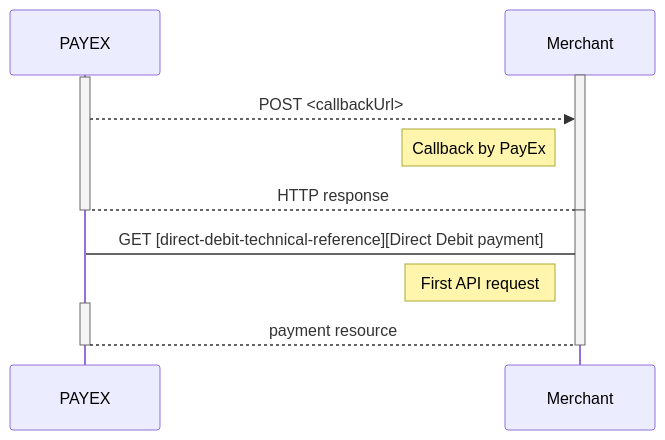
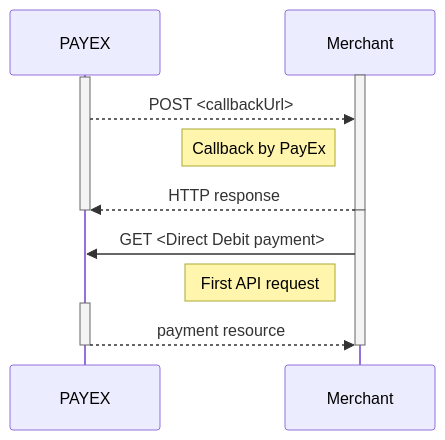
Before and after one commit to SwedbankPay/developer.swedbankpay.com: the third of 3 diagrams in payments/direct-debit/index.md, drawn with Mermaid. The commit also changed other lines of this file, not shown here.

Commit message:
DX-310 Format direct debit index

````diff
--- a/payments/direct-debit/index.md
+++ b/payments/direct-debit/index.md
@@ -499,18 +558,18 @@
 ```mermaid
 sequenceDiagram
   Activate Merchant
   Activate PAYEX
   PAYEX-->>Merchant: POST <callbackUrl>
   note left of Merchant: Callback by PayEx
-  Merchant-->PAYEX: HTTP response
+  Merchant-->>PAYEX: HTTP response
   Deactivate PAYEX
   Deactivate Merchant
   
   Activate Merchant
-  Merchant->PAYEX: GET [direct-debit-technical-reference][Direct Debit payment]
+  Merchant->>PAYEX: GET <Direct Debit payment>
   note left of Merchant: First API request
   Activate PAYEX
-  PAYEX-->Merchant: payment resource
+  PAYEX-->>Merchant: payment resource
   Deactivate PAYEX
   Deactivate Merchant
 ```
````
